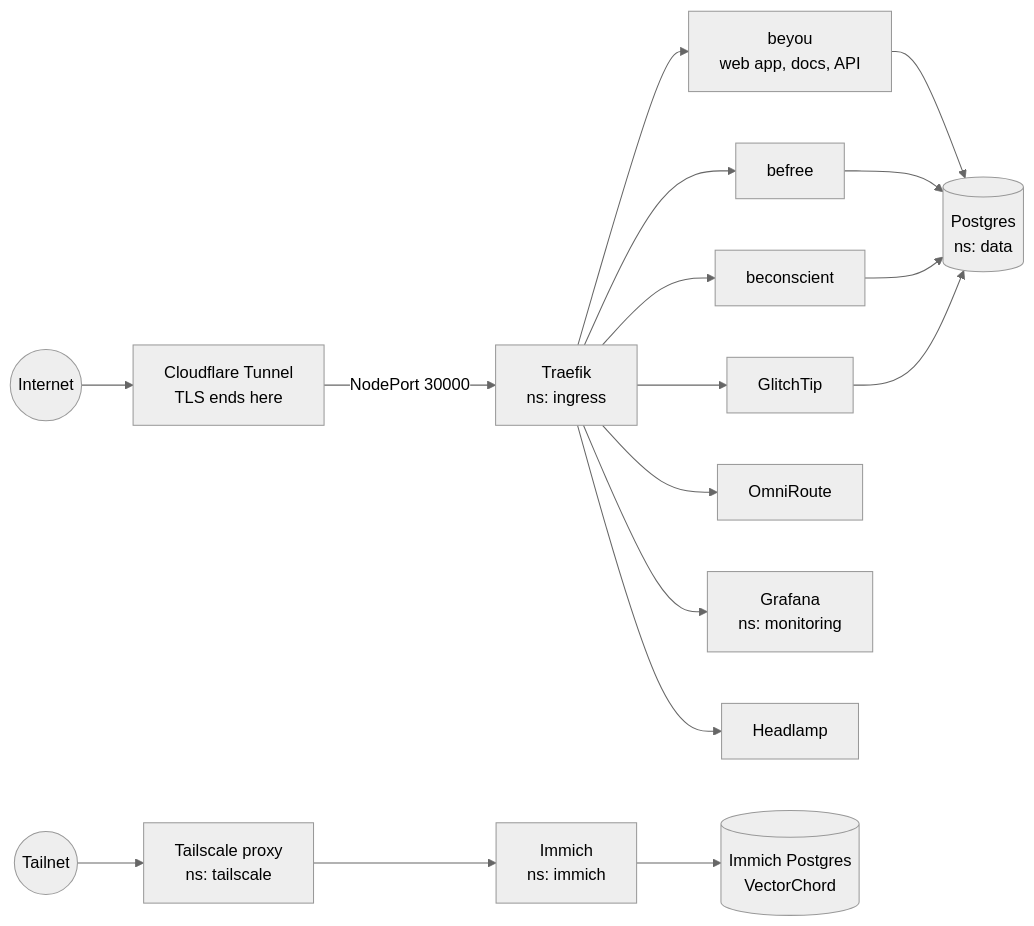
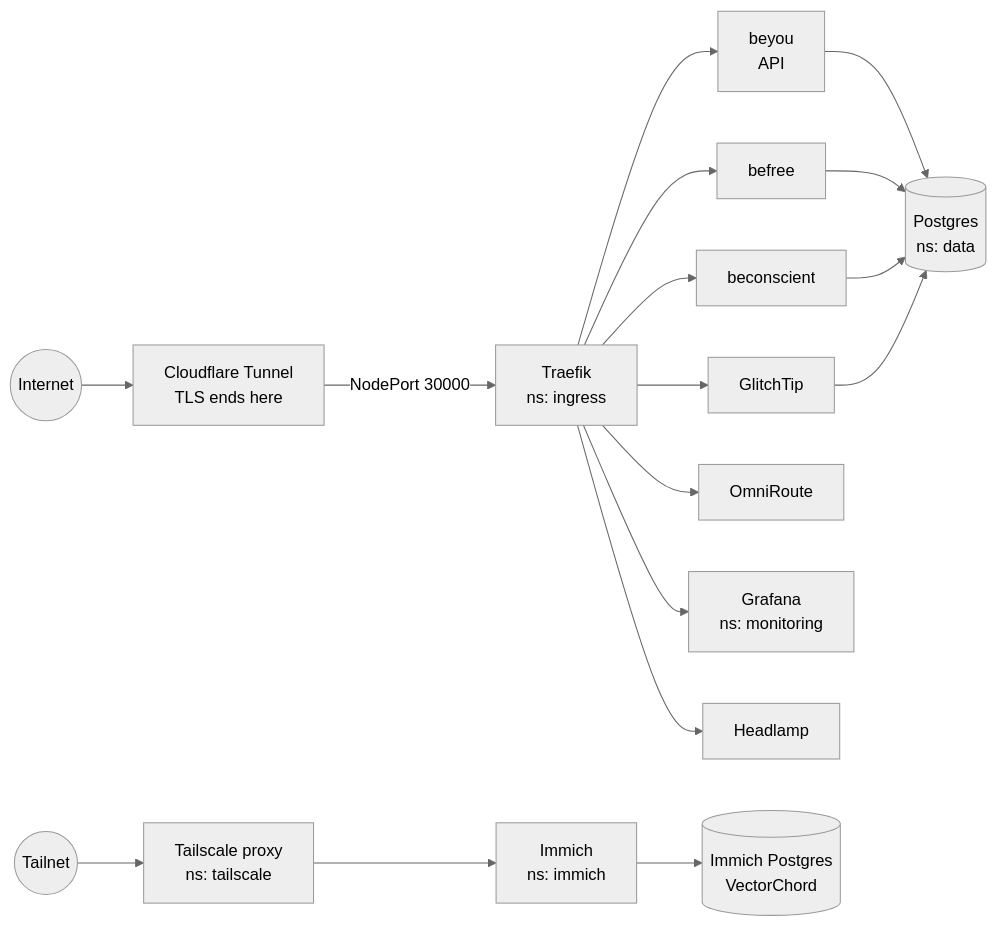
Before and after one commit to AndDev741/be-infra: the diagram in README.md, drawn with Mermaid (neutral theme). The commit also changed other lines of this file and 6 other files, not shown here.

First line of the commit message:
Retire the web app and docs nginx pods

````diff
--- a/README.md
+++ b/README.md
@@ -23,19 +23,19 @@
 ```mermaid
 flowchart LR
     internet((Internet)) --> cf["Cloudflare Tunnel<br/>TLS ends here"]
     cf -- "NodePort 30000" --> traefik["Traefik<br/>ns: ingress"]
-    traefik --> beyou["beyou<br/>web app, docs, API"]
+    traefik --> beyou["beyou<br/>API"]
     traefik --> befree[befree]
     traefik --> beconscient[beconscient]
     traefik --> glitchtip[GlitchTip]
     traefik --> omniroute[OmniRoute]
     traefik --> grafana["Grafana<br/>ns: monitoring"]
     traefik --> headlamp[Headlamp]
     beyou --> pg[("Postgres<br/>ns: data")]
     befree --> pg
     beconscient --> pg
     glitchtip --> pg
     tailnet((Tailnet)) --> tsproxy["Tailscale proxy<br/>ns: tailscale"]
     tsproxy --> immich["Immich<br/>ns: immich"]
     immich --> ipg[("Immich Postgres<br/>VectorChord")]
 ```
````
